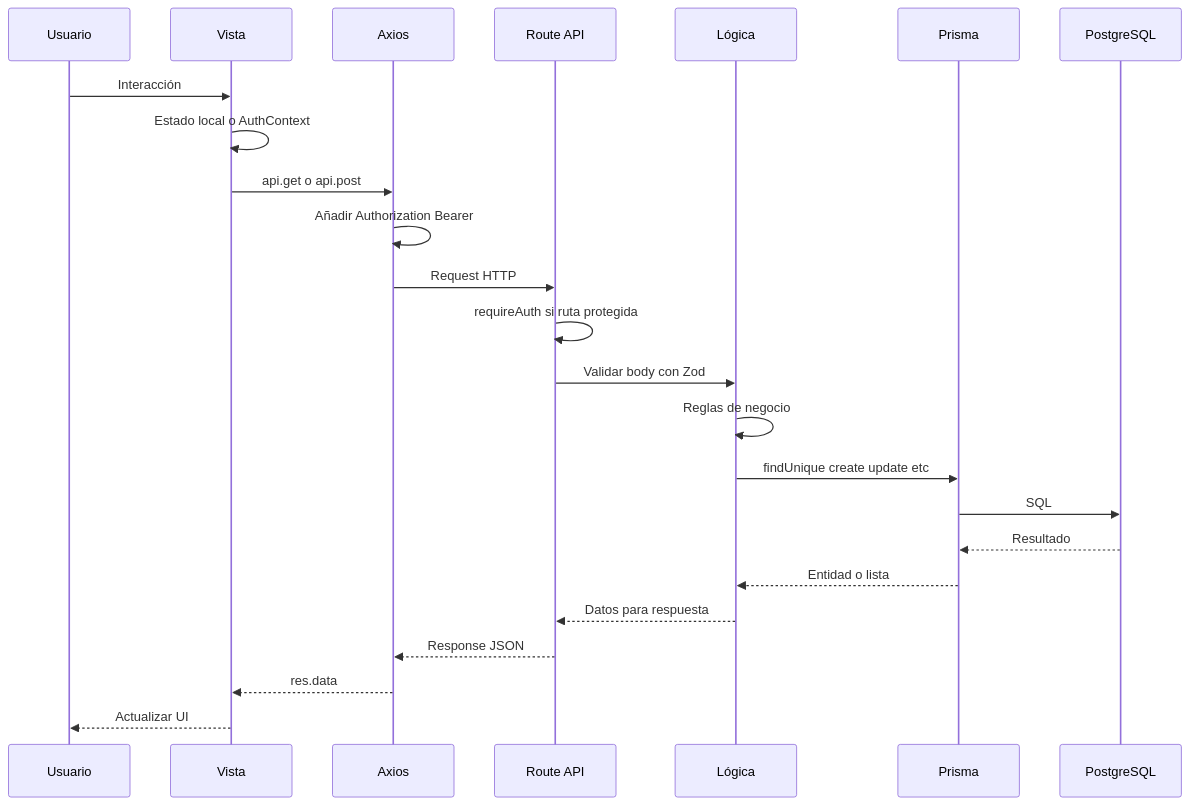
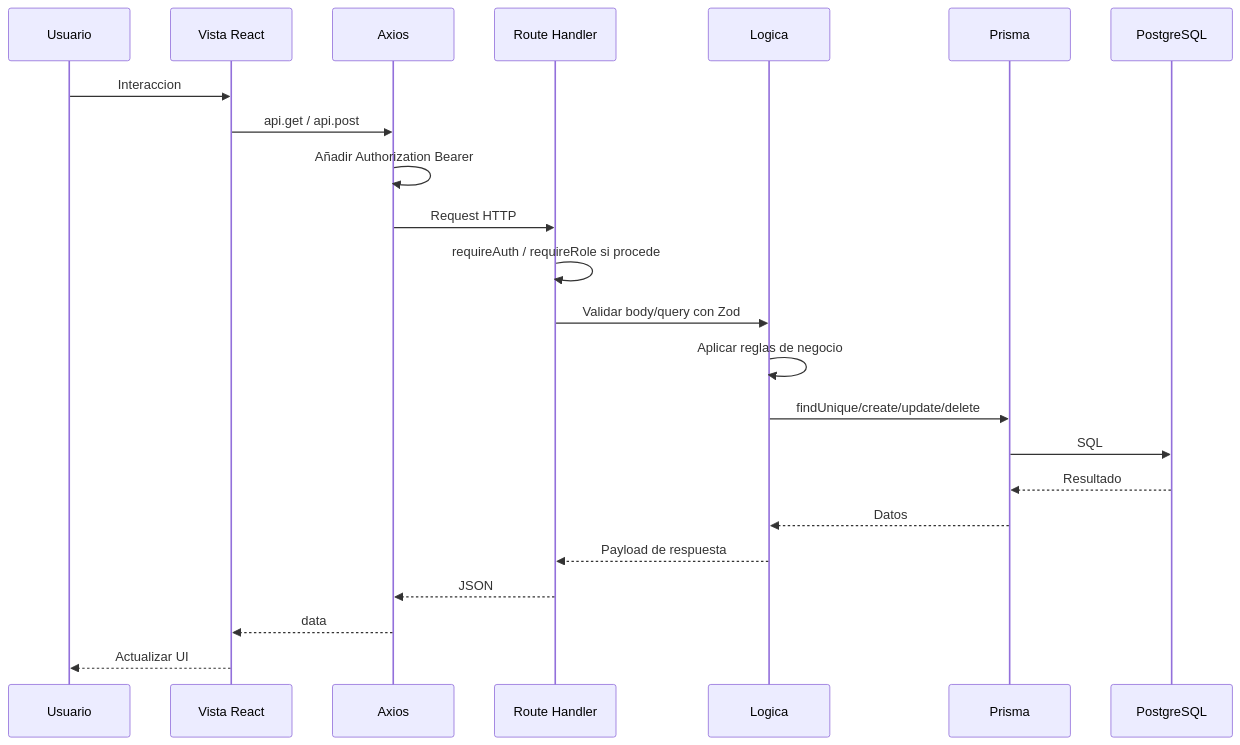
The second of 4 diagrams in docs/DIAGRAMA_LOGICA_CAPAS_Y_FLUJO_DATOS.md (marioscorner/TAEKWONDO_MGG), drawn with Mermaid before and after one commit. The commit also changed other lines of this file and 10 other files, not shown here.

Commit message:
docs: update architecture and local setup

````diff
--- a/docs/DIAGRAMA_LOGICA_CAPAS_Y_FLUJO_DATOS.md
+++ b/docs/DIAGRAMA_LOGICA_CAPAS_Y_FLUJO_DATOS.md
@@ -89,27 +86,26 @@
 ```mermaid
 sequenceDiagram
     participant U as Usuario
-    participant V as Vista
+    participant V as Vista React
     participant A as Axios
-    participant R as Route API
-    participant L as Lógica
+    participant R as Route Handler
+    participant L as Logica
     participant P as Prisma
     participant DB as PostgreSQL
 
-    U->>V: Interacción
-    V->>V: Estado local o AuthContext
-    V->>A: api.get o api.post
+    U->>V: Interaccion
+    V->>A: api.get / api.post
     A->>A: Añadir Authorization Bearer
     A->>R: Request HTTP
-    R->>R: requireAuth si ruta protegida
-    R->>L: Validar body con Zod
-    L->>L: Reglas de negocio
-    L->>P: findUnique create update etc
+    R->>R: requireAuth / requireRole si procede
+    R->>L: Validar body/query con Zod
+    L->>L: Aplicar reglas de negocio
+    L->>P: findUnique/create/update/delete
     P->>DB: SQL
     DB-->>P: Resultado
-    P-->>L: Entidad o lista
-    L-->>R: Datos para respuesta
-    R-->>A: Response JSON
-    A-->>V: res.data
+    P-->>L: Datos
+    L-->>R: Payload de respuesta
+    R-->>A: JSON
+    A-->>V: data
     V-->>U: Actualizar UI
 ```
````
